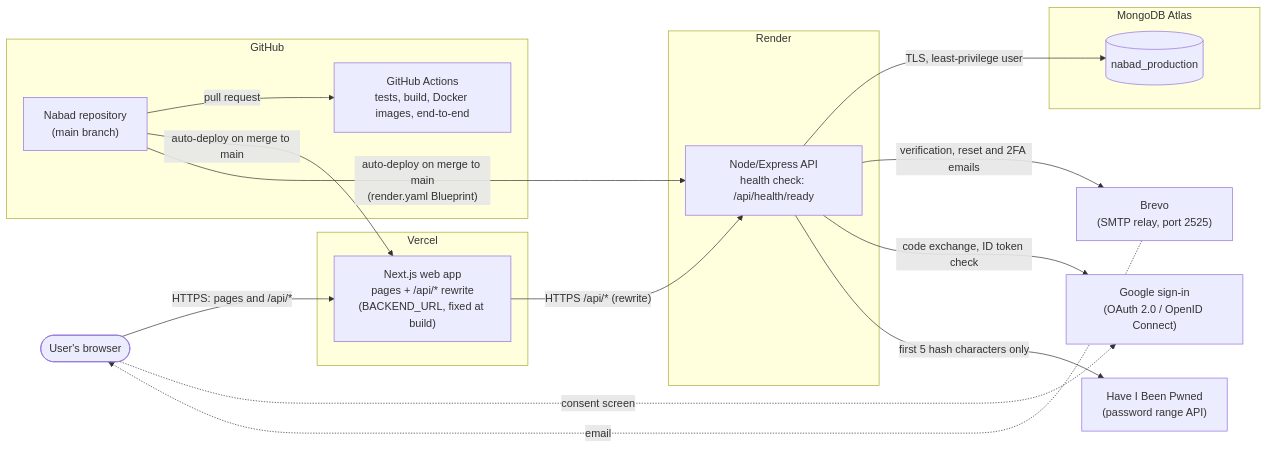
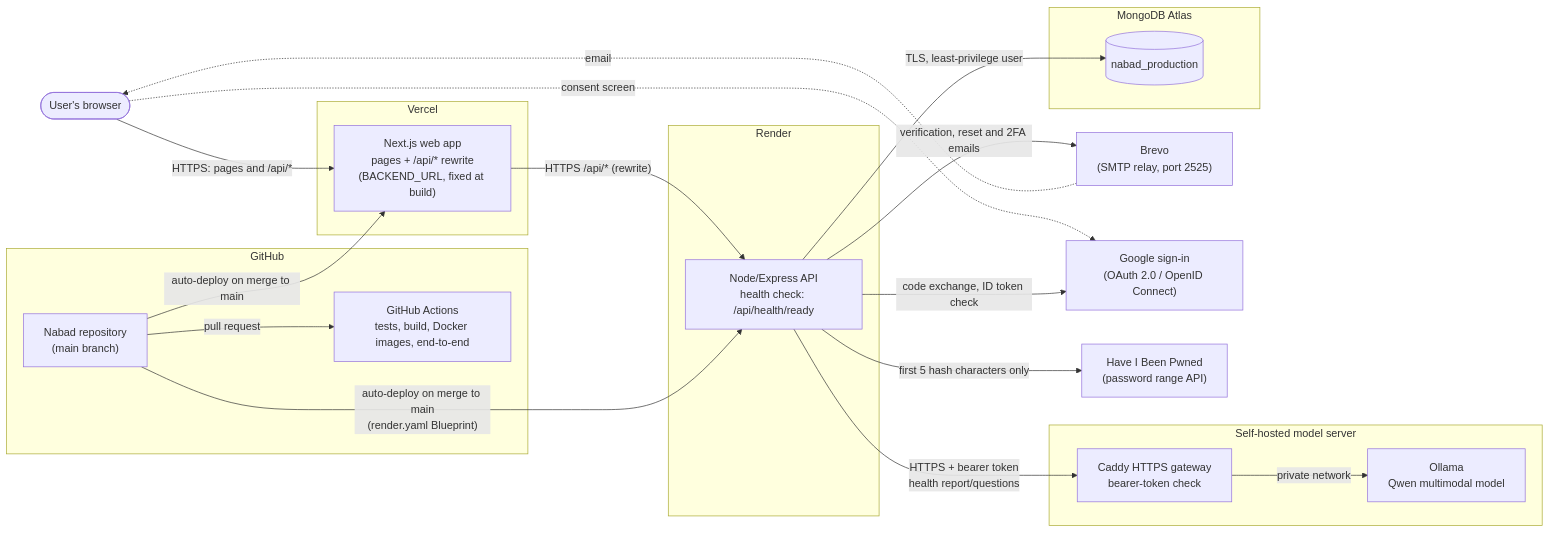
One commit to Nabad-team/Nabad changed the first of 3 diagrams in docs/architecture.md. Above: the diagram before and after it, drawn with Mermaid. The commit also changed other lines of this file and 14 other files, not shown here.

Commit message:
dd self-hosted Ollama medical assistant

````diff
--- a/docs/architecture.md
+++ b/docs/architecture.md
@@ -12,38 +12,45 @@
 ```mermaid
 flowchart LR
     user(["User's browser"])
 
     subgraph vercel["Vercel"]
         next["Next.js web app<br/>pages + /api/* rewrite<br/>(BACKEND_URL, fixed at build)"]
     end
 
     subgraph render["Render"]
         api["Node/Express API<br/>health check: /api/health/ready"]
+    end
+
+    subgraph modelhost["Self-hosted model server"]
+        gateway["Caddy HTTPS gateway<br/>bearer-token check"]
+        ollama["Ollama<br/>Qwen multimodal model"]
     end
 
     subgraph atlas["MongoDB Atlas"]
         db[("nabad_production")]
     end
 
     brevo["Brevo<br/>(SMTP relay, port 2525)"]
     google["Google sign-in<br/>(OAuth 2.0 / OpenID Connect)"]
     hibp["Have I Been Pwned<br/>(password range API)"]
 
     subgraph github["GitHub"]
         repo["Nabad repository<br/>(main branch)"]
         ci["GitHub Actions<br/>tests, build, Docker images, end-to-end"]
     end
 
     user -- "HTTPS: pages and /api/*" --> next
     next -- "HTTPS /api/* (rewrite)" --> api
+    api -- "HTTPS + bearer token<br/>health report/questions" --> gateway
+    gateway -- "private network" --> ollama
     api -- "TLS, least-privilege user" --> db
     api -- "verification, reset and 2FA emails" --> brevo
     brevo -. "email" .-> user
     user -. "consent screen" .-> google
     api -- "code exchange, ID token check" --> google
     api -- "first 5 hash characters only" --> hibp
 
     repo -- "pull request" --> ci
     repo -- "auto-deploy on merge to main" --> next
     repo -- "auto-deploy on merge to main<br/>(render.yaml Blueprint)" --> api
 ```
````
